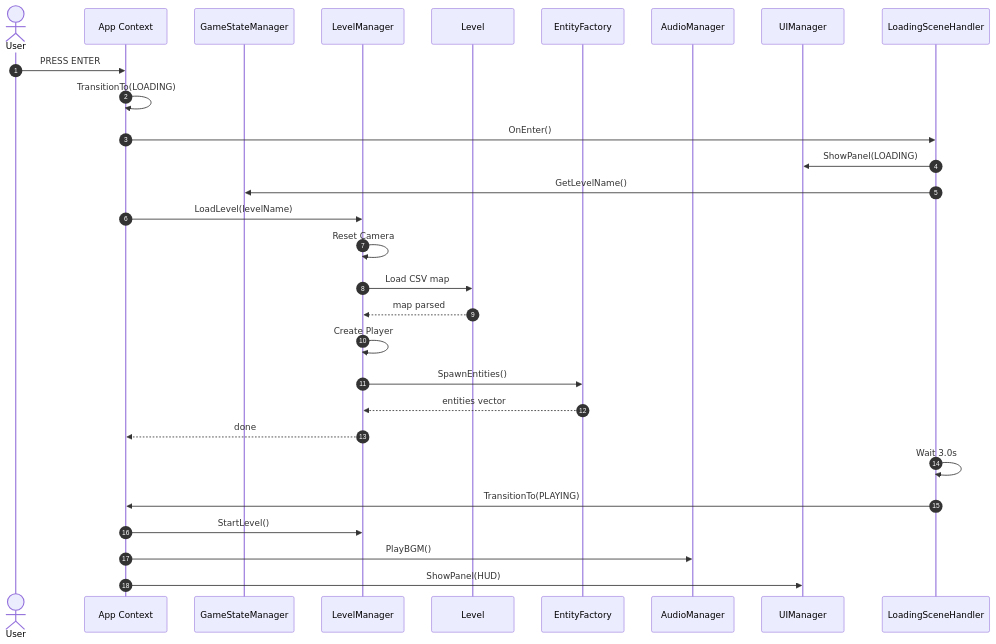
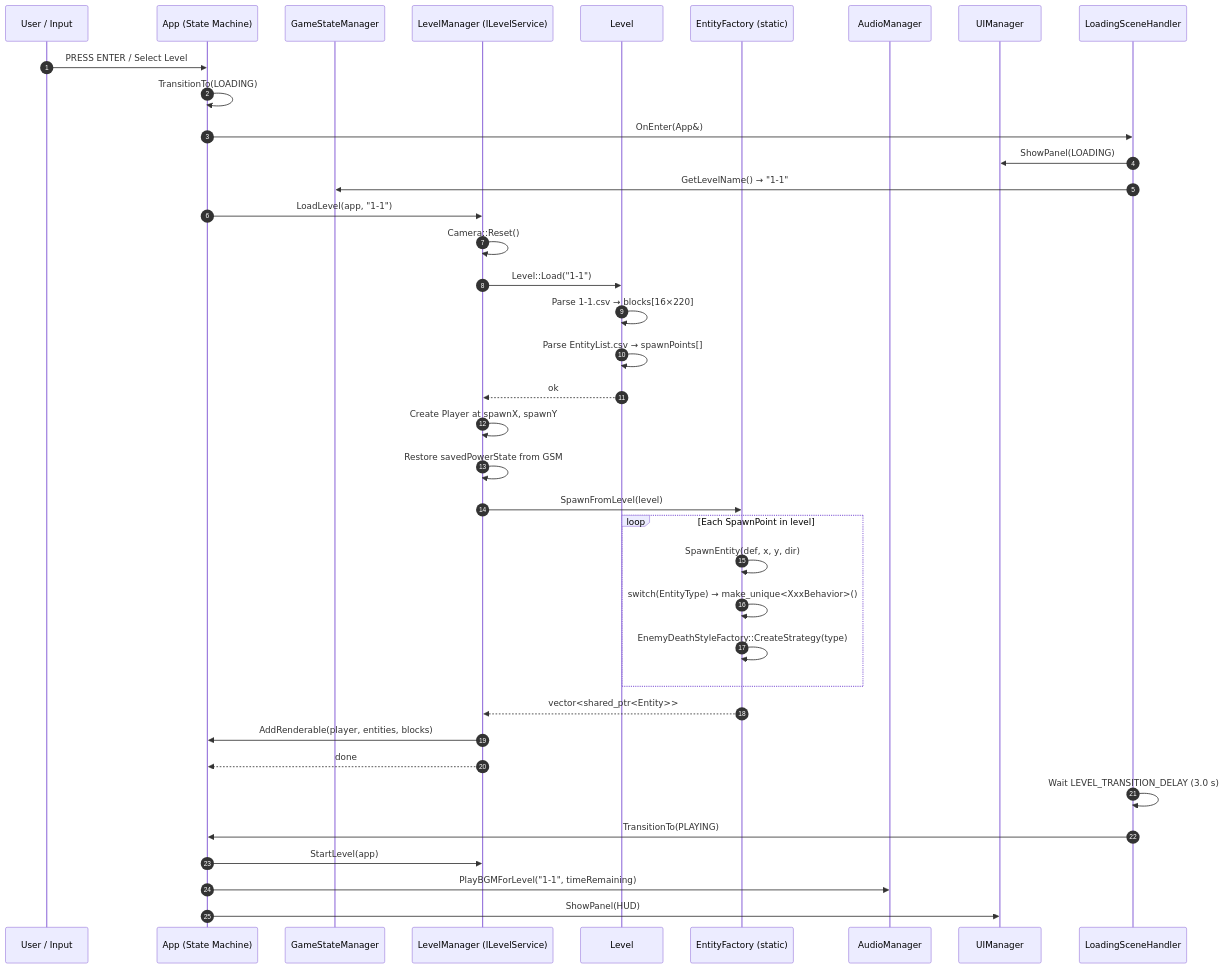
Before and after one commit to Andy87877/NTUT_OOPL_mario: diagram 21 of 23 in Constructure.md, drawn with Mermaid. The commit also changed other lines of this file and 2 other files, not shown here.

````diff
--- a/Constructure.md
+++ b/Constructure.md
@@ -1556,34 +1694,46 @@
 ```mermaid
 sequenceDiagram
     autonumber
-    actor User as User
-    participant App as App Context
-    participant GSM as GameStateManager
-    participant LM as LevelManager
-    participant Lv as Level
-    participant EF as EntityFactory
-    participant AM as AudioManager
-    participant UM as UIManager
-    participant LSH as LoadingSceneHandler
+    participant User  as User / Input
+    participant App   as App (State Machine)
+    participant GSM   as GameStateManager
+    participant LM    as LevelManager (ILevelService)
+    participant Lv    as Level
+    participant EF    as EntityFactory (static)
+    participant AM    as AudioManager
+    participant UM    as UIManager
+    participant LSH   as LoadingSceneHandler
 
-    User->>App: PRESS ENTER
+    User->>App: PRESS ENTER / Select Level
     App->>App: TransitionTo(LOADING)
-    App->>LSH: OnEnter()
+    App->>LSH: OnEnter(App&)
     LSH->>UM: ShowPanel(LOADING)
-    LSH->>GSM: GetLevelName()
+    LSH->>GSM: GetLevelName() → "1-1"
 
-    App->>LM: LoadLevel(levelName)
-    LM->>LM: Reset Camera
-    LM->>Lv: Load CSV map
-    Lv-->>LM: map parsed
-    LM->>LM: Create Player
-    LM->>EF: SpawnEntities()
-    EF-->>LM: entities vector
+    App->>LM: LoadLevel(app, "1-1")
+    LM->>LM: Camera::Reset()
+    LM->>Lv: Level::Load("1-1")
+    Lv->>Lv: Parse 1-1.csv → blocks[16×220]
+    Lv->>Lv: Parse EntityList.csv → spawnPoints[]
+    Lv-->>LM: ok
+
+    LM->>LM: Create Player at spawnX, spawnY
+    LM->>LM: Restore savedPowerState from GSM
+
+    LM->>EF: SpawnFromLevel(level)
+    loop Each SpawnPoint in level
+        EF->>EF: SpawnEntity(def, x, y, dir)
+        EF->>EF: switch(EntityType) → make_unique<XxxBehavior>()
+        EF->>EF: EnemyDeathStyleFactory::CreateStrategy(type)
+    end
+    EF-->>LM: vector<shared_ptr<Entity>>
+
+    LM->>App: AddRenderable(player, entities, blocks)
     LM-->>App: done
 
-    LSH->>LSH: Wait 3.0s
+    LSH->>LSH: Wait LEVEL_TRANSITION_DELAY (3.0 s)
     LSH->>App: TransitionTo(PLAYING)
-    App->>LM: StartLevel()
-    App->>AM: PlayBGM()
+    App->>LM: StartLevel(app)
+    App->>AM: PlayBGMForLevel("1-1", timeRemaining)
     App->>UM: ShowPanel(HUD)
 ```
````
